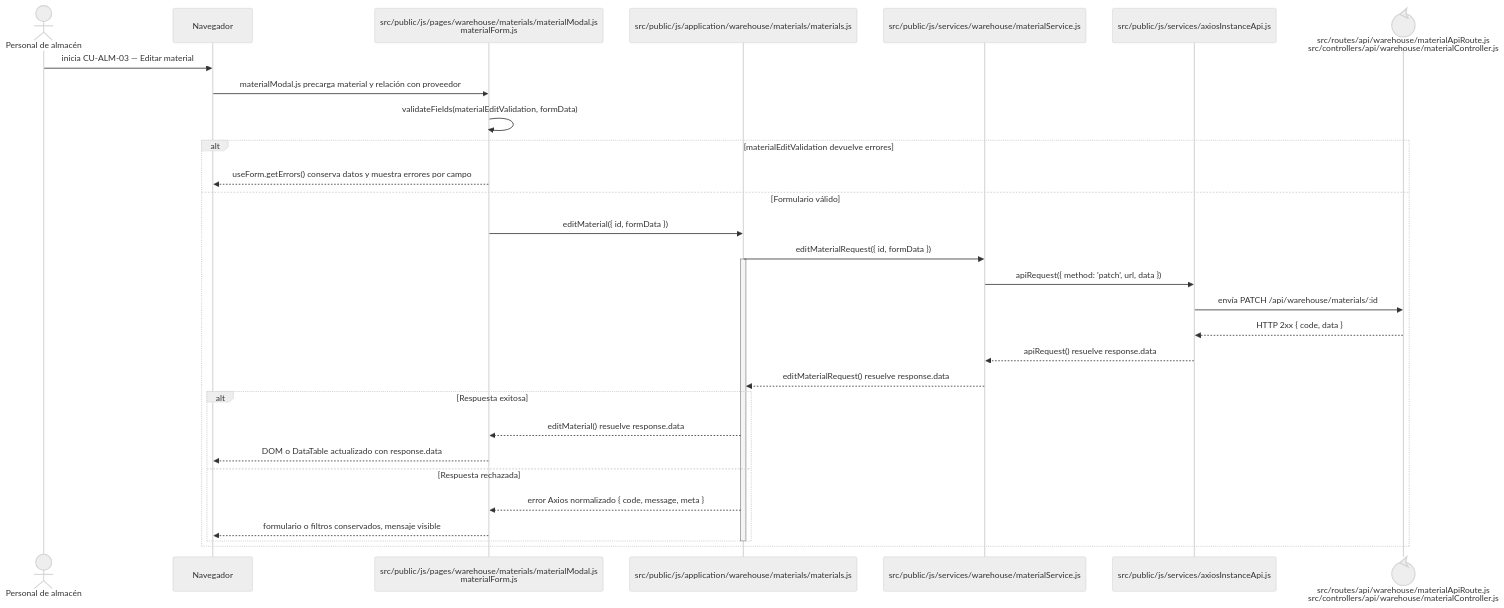
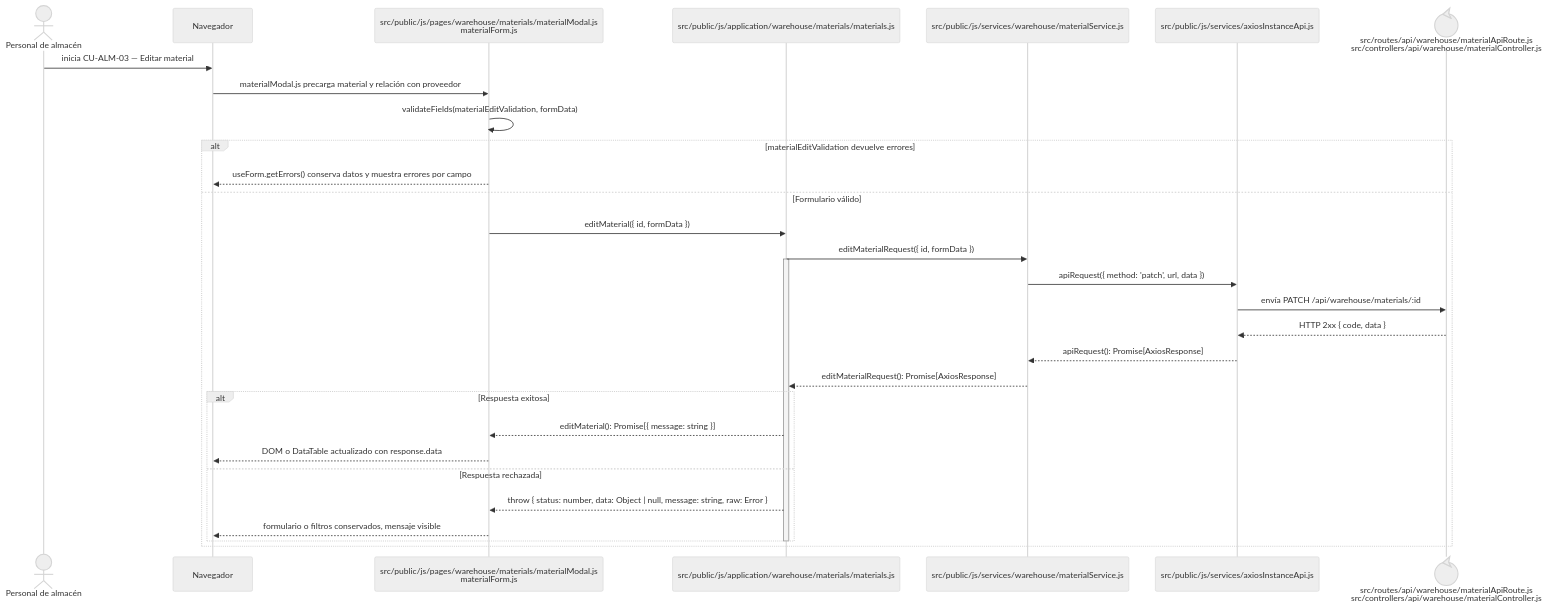
The diagram in docs/architecture/frontend-code-sequences/catalogs/cu-alm-03.md (gpgsistemas01/nexus), drawn with Mermaid (neutral theme) before and after one commit. The commit also changed 146 other files, not shown here.

````diff
--- a/docs/architecture/frontend-code-sequences/catalogs/cu-alm-03.md
+++ b/docs/architecture/frontend-code-sequences/catalogs/cu-alm-03.md
@@ -6,34 +6,34 @@
 ```mermaid
 sequenceDiagram
     actor Initiator as Personal de almacén
     participant Browser as Navegador
     participant View as src/public/js/pages/warehouse/materials/materialModal.js<br/>materialForm.js
     participant Application as src/public/js/application/warehouse/materials/materials.js
     participant Request as src/public/js/services/warehouse/materialService.js
     participant HTTP as src/public/js/services/axiosInstanceApi.js
     participant Transport@{ "type": "control" } as src/routes/api/warehouse/materialApiRoute.js<br/>src/controllers/api/warehouse/materialController.js
 
     Initiator->>Browser: inicia CU-ALM-03 — Editar material
     Browser->>View: materialModal.js precarga material y relación con proveedor
     View->>View: validateFields(materialEditValidation, formData)
     alt materialEditValidation devuelve errores
         View-->>Browser: useForm.getErrors() conserva datos y muestra errores por campo
     else Formulario válido
         View->>Application: editMaterial({ id, formData })
         Application->>Request: editMaterialRequest({ id, formData })
         activate Application
         Request->>HTTP: apiRequest({ method: 'patch', url, data })
         HTTP->>Transport: envía PATCH /api/warehouse/materials/:id
         Transport-->>HTTP: HTTP 2xx { code, data }
-        HTTP-->>Request: apiRequest() resuelve response.data
-        Request-->>Application: editMaterialRequest() resuelve response.data
+        HTTP-->>Request: apiRequest(): Promise[AxiosResponse]
+        Request-->>Application: editMaterialRequest(): Promise[AxiosResponse]
         alt Respuesta exitosa
-            Application-->>View: editMaterial() resuelve response.data
+            Application-->>View: editMaterial(): Promise[{ message: string }]
             View-->>Browser: DOM o DataTable actualizado con response.data
         else Respuesta rechazada
-            Application-->>View: error Axios normalizado { code, message, meta }
+            Application-->>View: throw { status: number, data: Object | null, message: string, raw: Error }
             View-->>Browser: formulario o filtros conservados, mensaje visible
         end
         deactivate Application
     end
 ```
````
